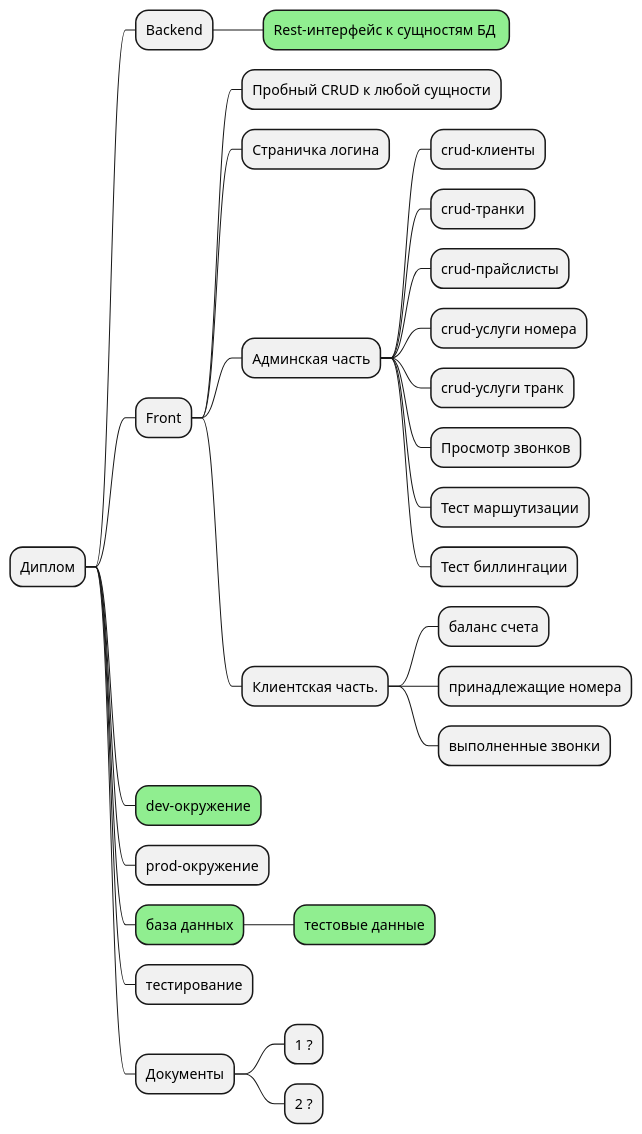
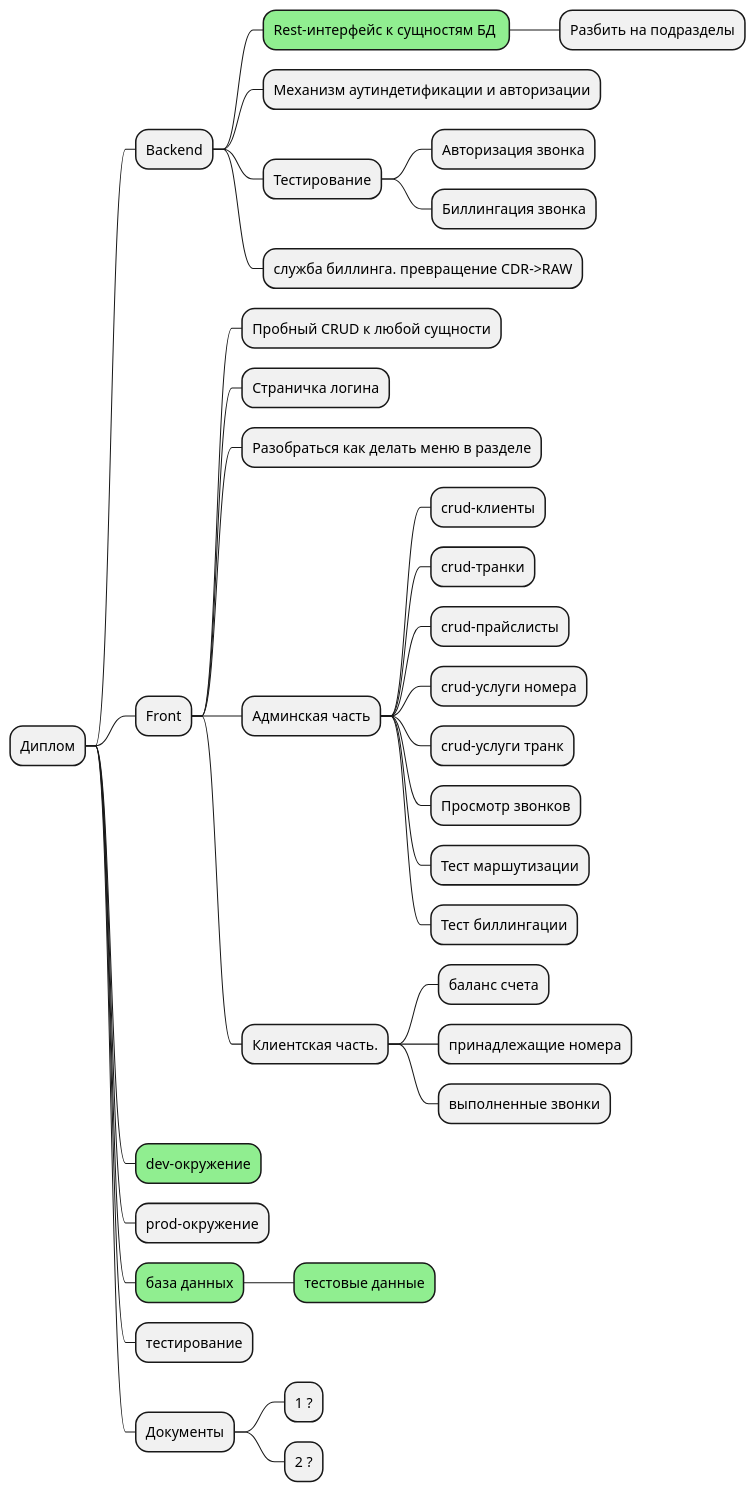
Before and after one commit to lfuuu/Diplom: the diagram in docs/diagrams/todo.wsd, drawn with PlantUML. The commit also changed 2 other files, not shown here.

```diff
--- a/docs/diagrams/todo.wsd
+++ b/docs/diagrams/todo.wsd
@@ -1,31 +1,39 @@
 @startmindmap
 * Диплом
 ** Backend
 ***[#lightgreen] Rest-интерфейс к сущностям БД <<green>>
+**** Разбить на подразделы
+*** Механизм аутиндетификации и авторизации
+*** Тестирование
+**** Авторизация звонка
+**** Биллингация звонка
+*** служба биллинга. превращение CDR->RAW
+
 ** Front
 *** Пробный CRUD к любой сущности
 *** Страничка логина
+*** Разобраться как делать меню в разделе
 *** Админская часть
 **** crud-клиенты
 **** сrud-транки
 **** сrud-прайслисты
 **** сrud-услуги номера
 **** сrud-услуги транк
 **** Просмотр звонков
 **** Тест маршутизации
 **** Тест биллингации
 *** Клиентская часть.
 **** баланс счета
 **** принадлежащие номера
 **** выполненные звонки
 **[#lightgreen] dev-окружение
 ** prod-окружение
 **[#lightgreen] база данных
 ***[#lightgreen] тестовые данные
 ** тестирование
 ** Документы
 *** 1 ?
 *** 2 ?
 
 
 @endmindmap
```
